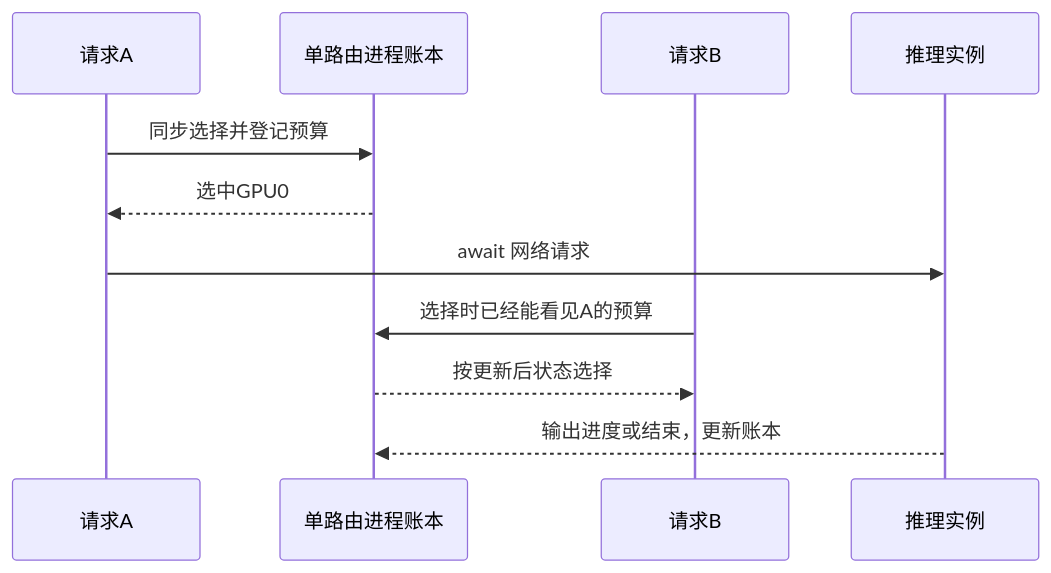
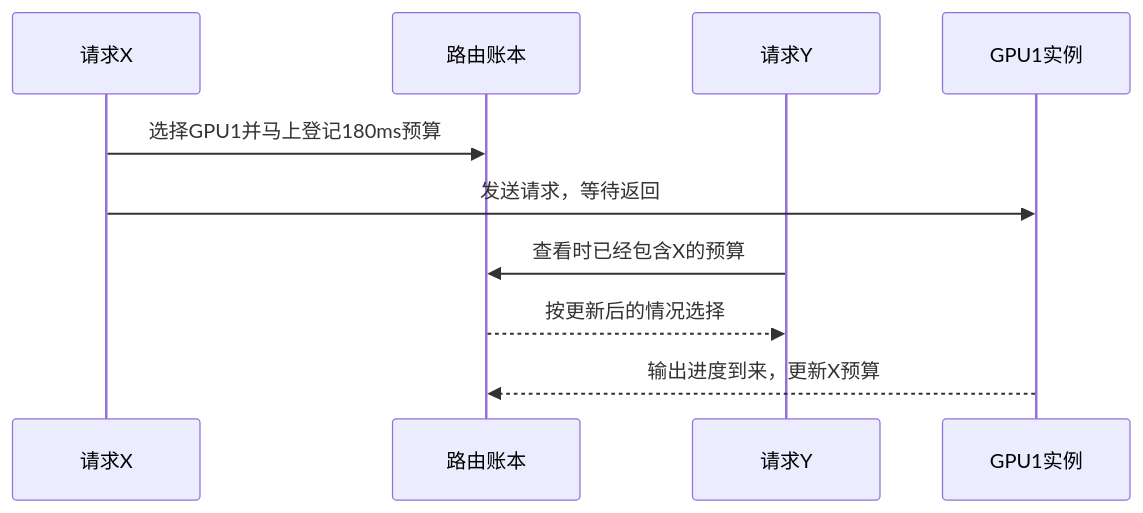
Diagram 16 of 33 in Documents_xxy/20261019最终面试向理解文档.md (emprorsky/vllm_xxy), drawn with Mermaid before and after one commit. The commit also changed other lines of this file, not shown here.

````diff
--- a/Documents_xxy/20261019最终面试向理解文档.md
+++ b/Documents_xxy/20261019最终面试向理解文档.md
@@ -590,13 +693,12 @@
 ```mermaid
 sequenceDiagram
-    participant A as 请求A
-    participant R as 单路由进程账本
-    participant B as 请求B
-    participant G as 推理实例
-    A->>R: 同步选择并登记预算
-    R-->>A: 选中GPU0
-    A->>G: await 网络请求
-    B->>R: 选择时已经能看见A的预算
-    R-->>B: 按更新后状态选择
-    G-->>R: 输出进度或结束，更新账本
+    participant X as 请求X
+    participant R as 路由账本
+    participant Y as 请求Y
+    participant G as GPU1实例
+    X->>R: 选择GPU1并马上登记180ms预算
+    X->>G: 发送请求，等待返回
+    Y->>R: 查看时已经包含X的预算
+    R-->>Y: 按更新后的情况选择
+    G-->>R: 输出进度到来，更新X预算
 ```
````
